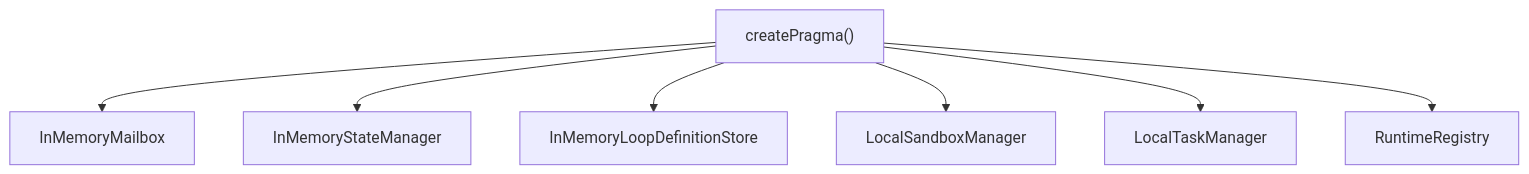
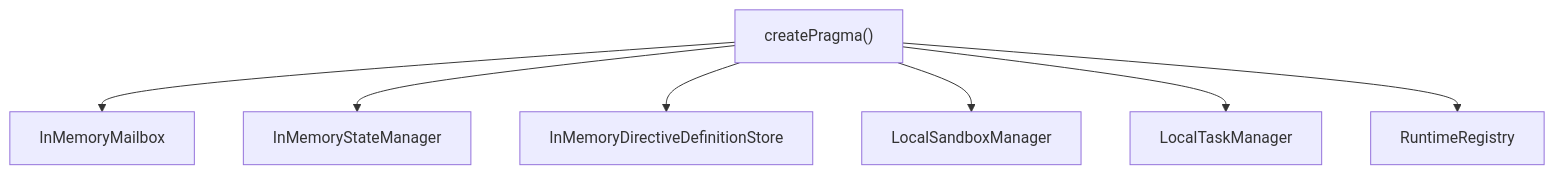
One commit to pqpo/pragma changed the ninth of 18 diagrams in docs/architecture/agent-core-architecture.md. Above: the diagram before and after it, drawn with Mermaid. The commit also changed other lines of this file and 58 other files, not shown here.

````diff
--- a/docs/architecture/agent-core-architecture.md
+++ b/docs/architecture/agent-core-architecture.md
@@ -253,10 +253,10 @@
 ```mermaid
 flowchart TB
   create["createPragma()"]
   create --> mailbox["InMemoryMailbox"]
   create --> state["InMemoryStateManager"]
-  create --> store["InMemoryLoopDefinitionStore"]
+  create --> store["InMemoryDirectiveDefinitionStore"]
   create --> sandbox["LocalSandboxManager"]
   create --> task["LocalTaskManager"]
   create --> runtime["RuntimeRegistry"]
 ```
````
